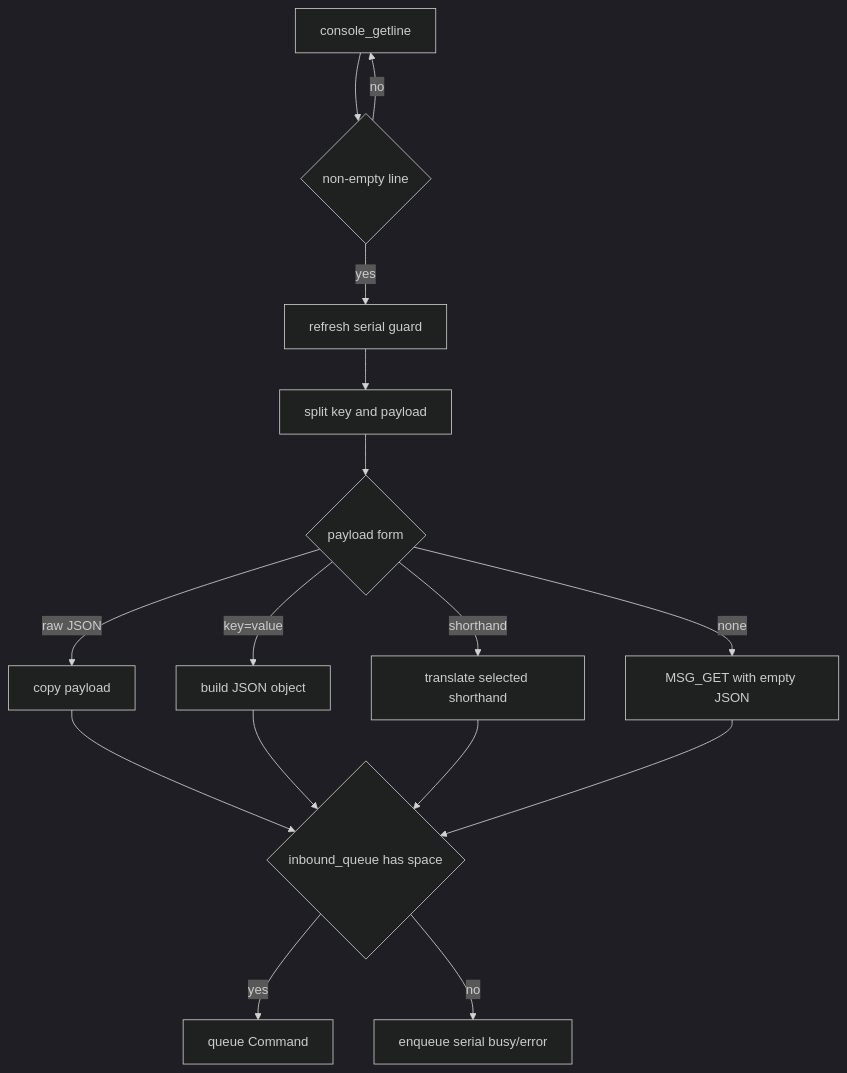
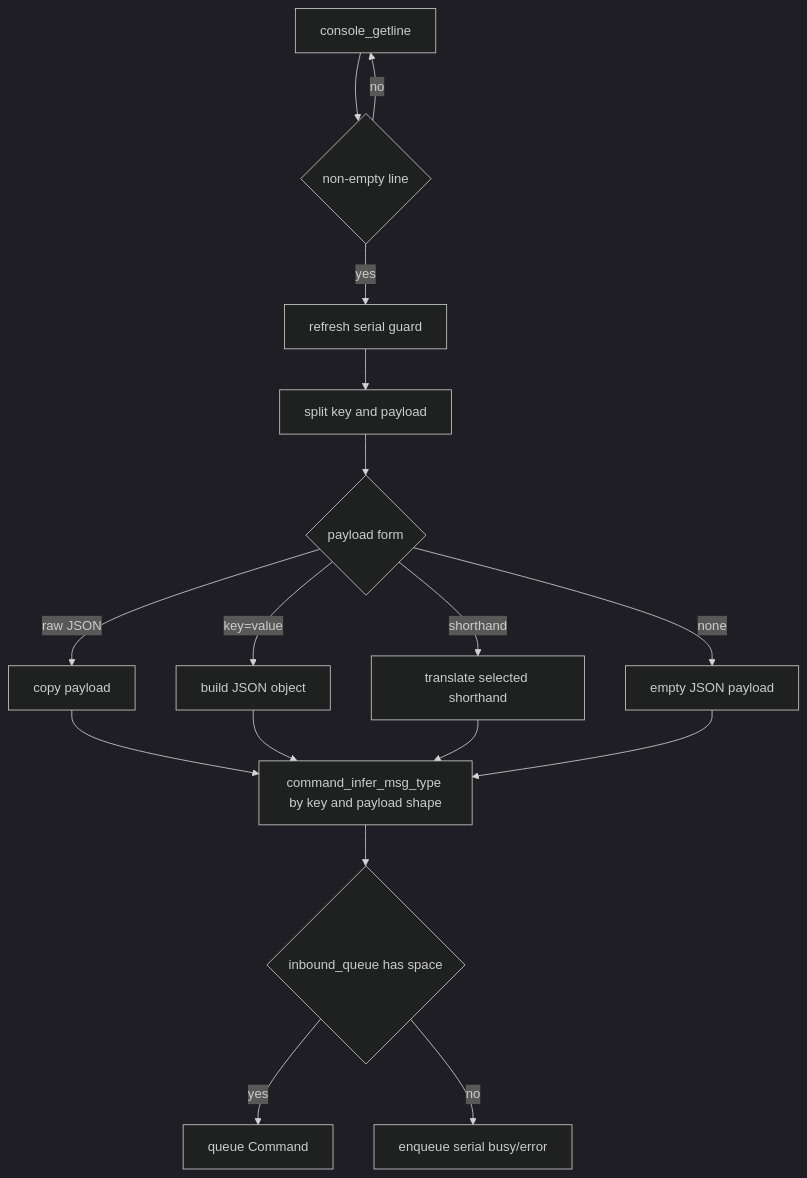
The fifth of 17 diagrams in doc/diagrams.md (COO-Utilities/hispec-tib), drawn with Mermaid (dark theme) before and after one commit. The commit also changed other lines of this file and 5 other files, not shown here.

Commit message:
Refactor command documentation: update query/effect request distinctions, improve classification clarity, and align with schema-standard naming.

````diff
--- a/doc/diagrams.md
+++ b/doc/diagrams.md
@@ -98,18 +94,19 @@
 ```mermaid
 flowchart TD
   Console[console_getline] --> Line{non-empty line}
   Line -- no --> Console
   Line -- yes --> Guard[refresh serial guard]
   Guard --> Split[split key and payload]
   Split --> Payload{payload form}
-  Payload -- none --> Get[MSG_GET with empty JSON]
+  Payload -- none --> Empty[empty JSON payload]
   Payload -- raw JSON --> Copy[copy payload]
   Payload -- key=value --> KV[build JSON object]
   Payload -- shorthand --> Short[translate selected shorthand]
-  Copy --> Queue
-  KV --> Queue
-  Short --> Queue
-  Get --> Queue{inbound_queue has space}
+  Copy --> Classify[command_infer_msg_type by key and payload shape]
+  KV --> Classify
+  Short --> Classify
+  Empty --> Classify
+  Classify --> Queue{inbound_queue has space}
   Queue -- yes --> Enqueue[queue Command]
   Queue -- no --> Error[enqueue serial busy/error]
 ```
````
